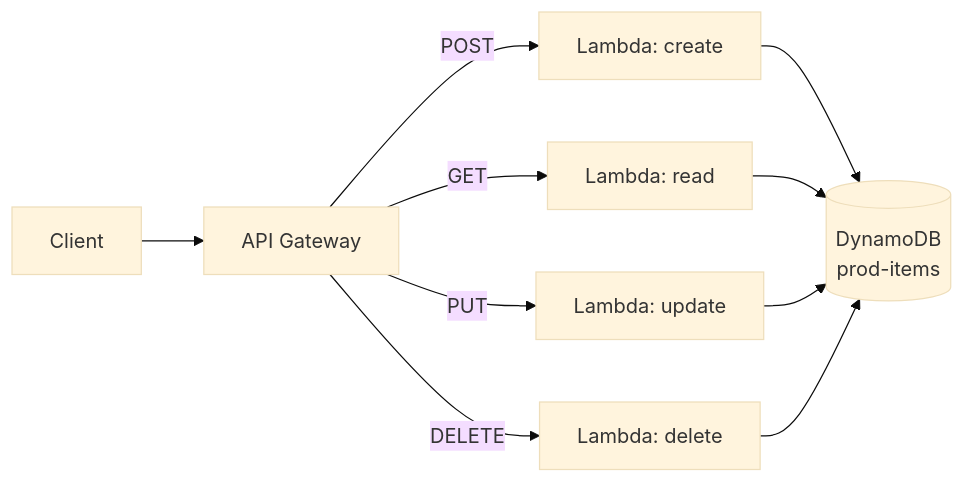
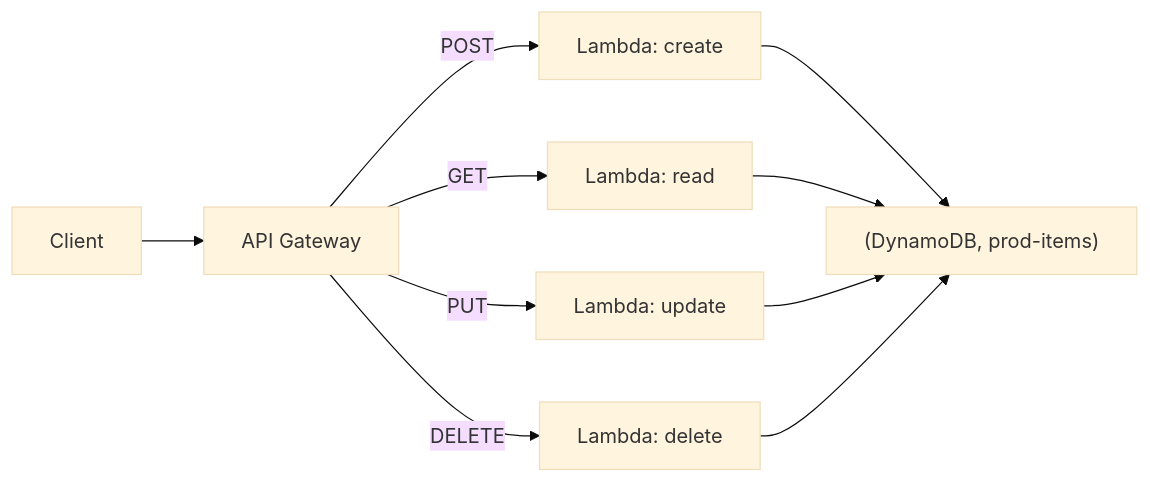
One commit to DeeptiShuklaProject/Uday_AWS changed the second of 2 diagrams in Chapter_10_Amazon_DynamoDB.md. Above: the diagram before and after it, drawn with Mermaid (base theme). The commit also changed other lines of this file and 34 other files, not shown here.

Commit message:
Fix mermaid diagrams syntax across all chapters (quote labels and remove HTML)

````diff
--- a/Chapter_10_Amazon_DynamoDB.md
+++ b/Chapter_10_Amazon_DynamoDB.md
@@ -349,9 +349,9 @@
 ```mermaid
 flowchart LR
     Client[Client] --> APIGW[API Gateway]
     APIGW -->|POST| Create[Lambda: create]
     APIGW -->|GET| Read[Lambda: read]
     APIGW -->|PUT| Update[Lambda: update]
     APIGW -->|DELETE| Delete[Lambda: delete]
-    Create & Read & Update & Delete --> DDB[(DynamoDB<br>prod-items)]
+    Create & Read & Update & Delete --> DDB["(DynamoDB, prod-items)"]
 ```
````
